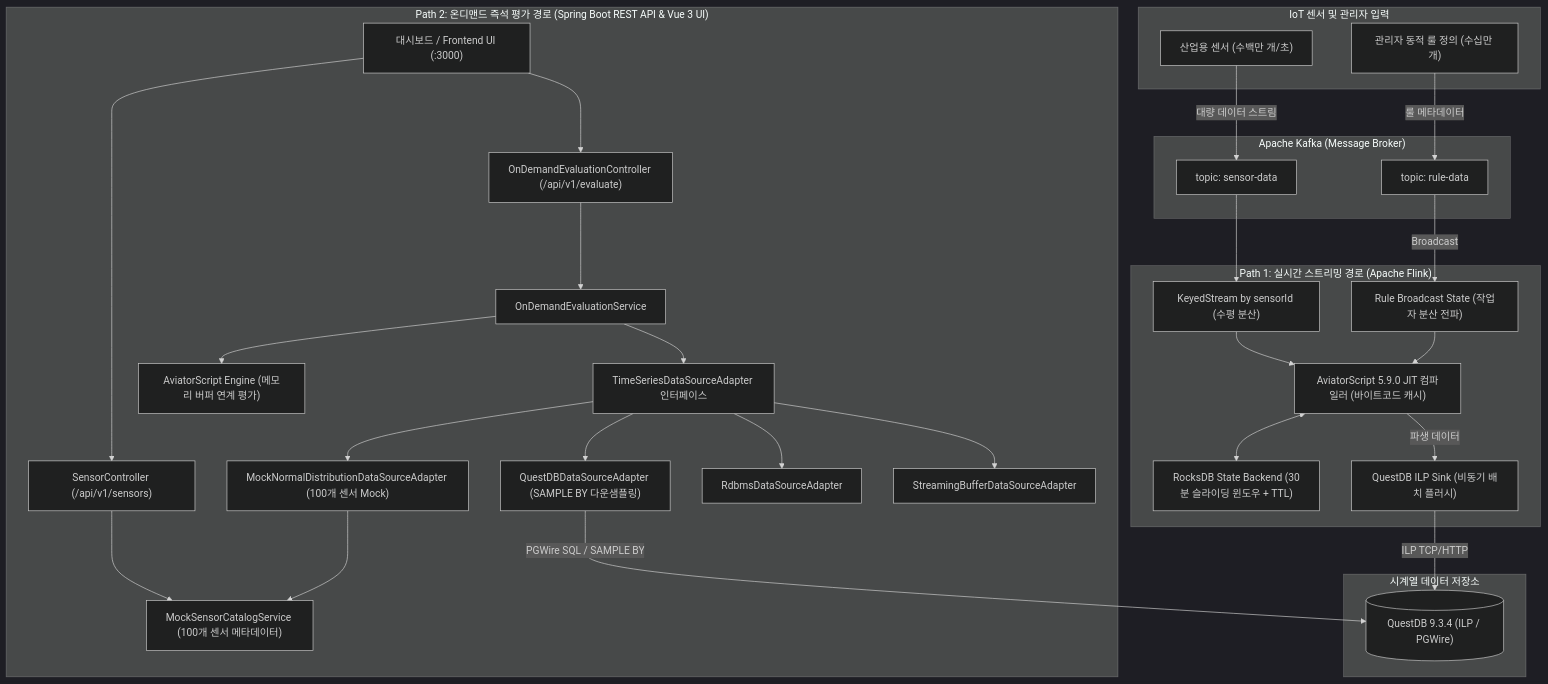
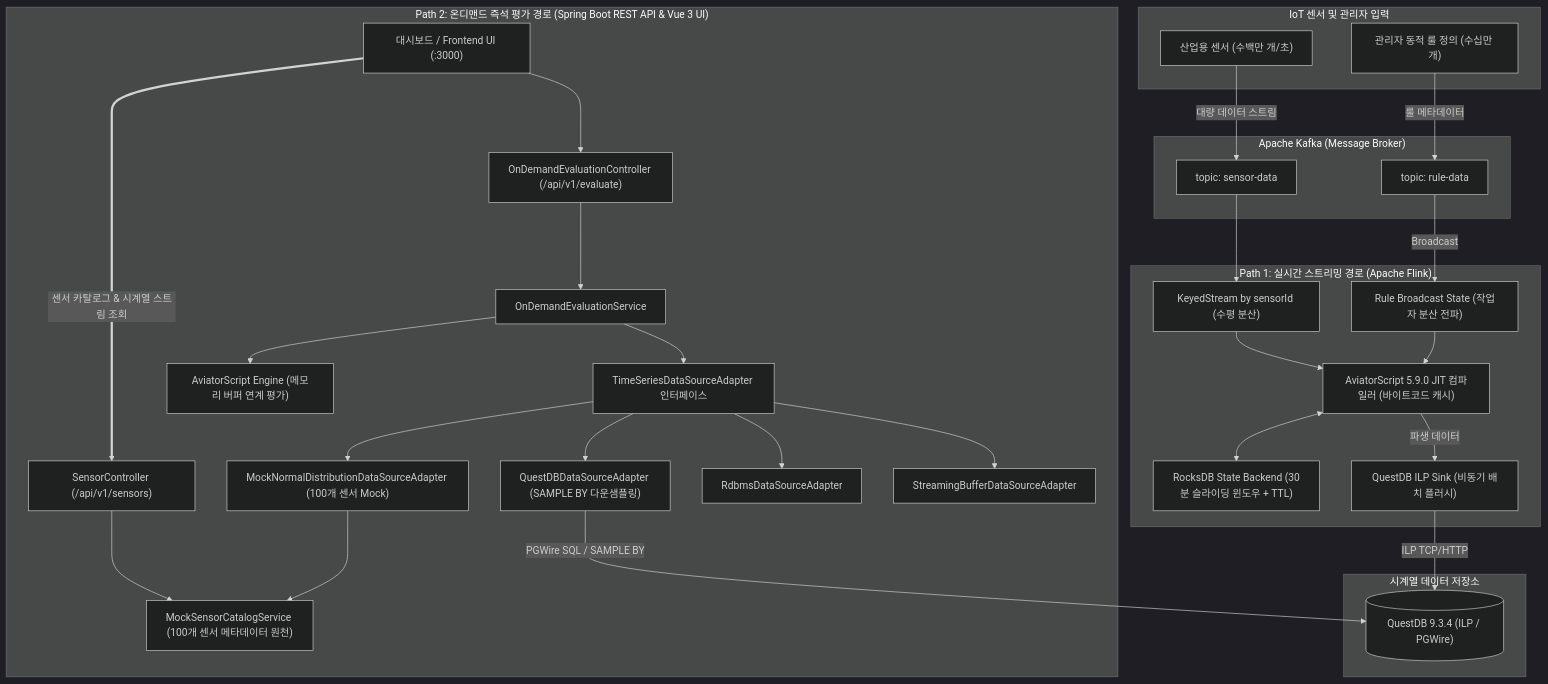
Before and after one commit to imoil/formula-evaluator-service: the first of 3 diagrams in README.md, drawn with Mermaid (dark theme). The commit also changed other lines of this file and 1 other file, not shown here.

Commit message:
docs: update architectural diagrams and guides to reflect backend single source of truth for sensors

````diff
--- a/README.md
+++ b/README.md
@@ -22,58 +22,59 @@
 ```mermaid
 flowchart TD
     subgraph DataSources["IoT 센서 및 관리자 입력"]
         SensorInput["산업용 센서 (수백만 개/초)"]
         RuleInput["관리자 동적 룰 정의 (수십만 개)"]
     end
 
     subgraph KafkaCluster["Apache Kafka (Message Broker)"]
         SensorTopic["topic: sensor-data"]
         RuleTopic["topic: rule-data"]
     end
 
     SensorInput -->|대량 데이터 스트림| SensorTopic
     RuleInput -->|룰 메타데이터| RuleTopic
 
     subgraph StreamingPath["Path 1: 실시간 스트리밍 경로 (Apache Flink)"]
         BroadcastState["Rule Broadcast State (작업자 분산 전파)"]
         KeyedStream["KeyedStream by sensorId (수평 분산)"]
         RocksDBState["RocksDB State Backend (30분 슬라이딩 윈도우 + TTL)"]
         AviatorJIT1["AviatorScript 5.9.0 JIT 컴파일러 (바이트코드 캐시)"]
         ILPSink["QuestDB ILP Sink (비동기 배치 플러시)"]
 
         RuleTopic -->|Broadcast| BroadcastState
         SensorTopic --> KeyedStream
         KeyedStream & BroadcastState --> AviatorJIT1
         AviatorJIT1 <--> RocksDBState
         AviatorJIT1 -->|파생 데이터| ILPSink
     end
 
     subgraph StorageLayer["시계열 데이터 저장소"]
         QuestDB[("QuestDB 9.3.4 (ILP / PGWire)")]
     end
 
     ILPSink -->|ILP TCP/HTTP| QuestDB
 
     subgraph OnDemandPath["Path 2: 온디맨드 즉석 평가 경로 (Spring Boot REST API & Vue 3 UI)"]
         ClientReq["대시보드 / Frontend UI (:3000)"]
         Controller1["OnDemandEvaluationController (/api/v1/evaluate)"]
         Controller2["SensorController (/api/v1/sensors)"]
         Service["OnDemandEvaluationService"]
-        Catalog["MockSensorCatalogService (100개 센서 메타데이터)"]
+        Catalog["MockSensorCatalogService (100개 센서 메타데이터 원천)"]
         AdapterLayer["TimeSeriesDataSourceAdapter 인터페이스"]
         QuestDBAdapter["QuestDBDataSourceAdapter (SAMPLE BY 다운샘플링)"]
         MockAdapter["MockNormalDistributionDataSourceAdapter (100개 센서 Mock)"]
         RDBMSAdapter["RdbmsDataSourceAdapter"]
         BufferAdapter["StreamingBufferDataSourceAdapter"]
         AviatorJIT2["AviatorScript Engine (메모리 버퍼 연계 평가)"]
 
-        ClientReq --> Controller1 & Controller2
+        ClientReq --> Controller1
+        ClientReq ==>|센서 카탈로그 & 시계열 스트림 조회| Controller2
         Controller2 --> Catalog
         Controller1 --> Service
         Service --> AdapterLayer
         AdapterLayer --> QuestDBAdapter & MockAdapter & RDBMSAdapter & BufferAdapter
         MockAdapter --> Catalog
         QuestDBAdapter -->|PGWire SQL / SAMPLE BY| QuestDB
         Service --> AviatorJIT2
     end
 ```
````
